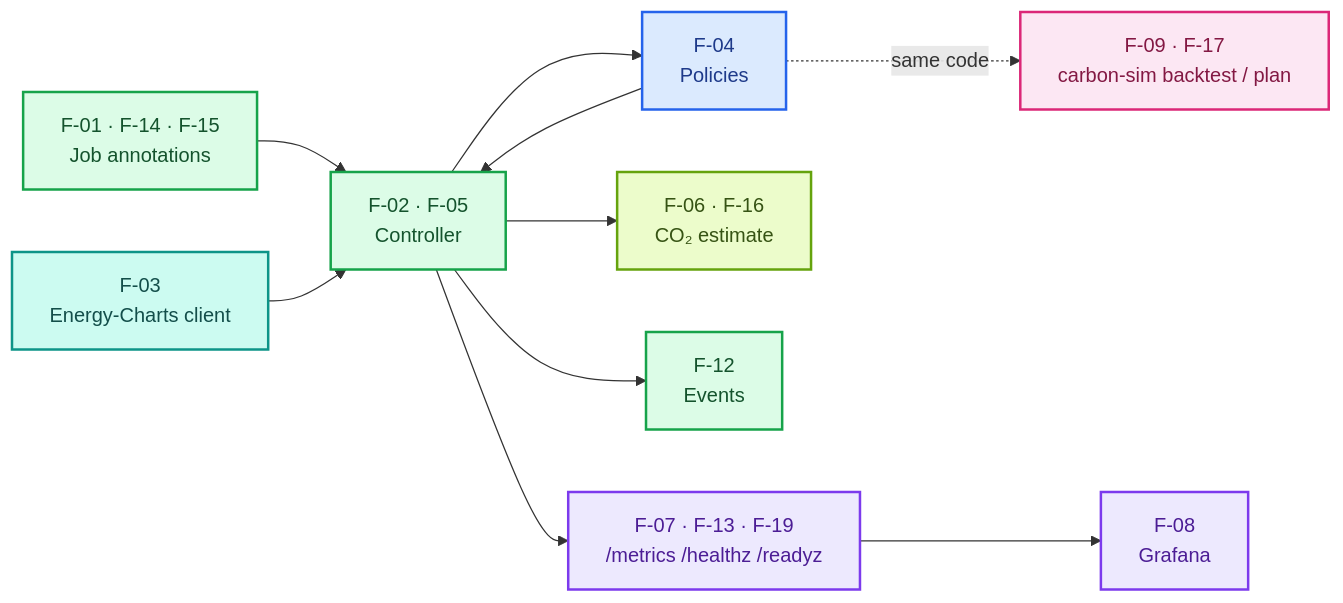
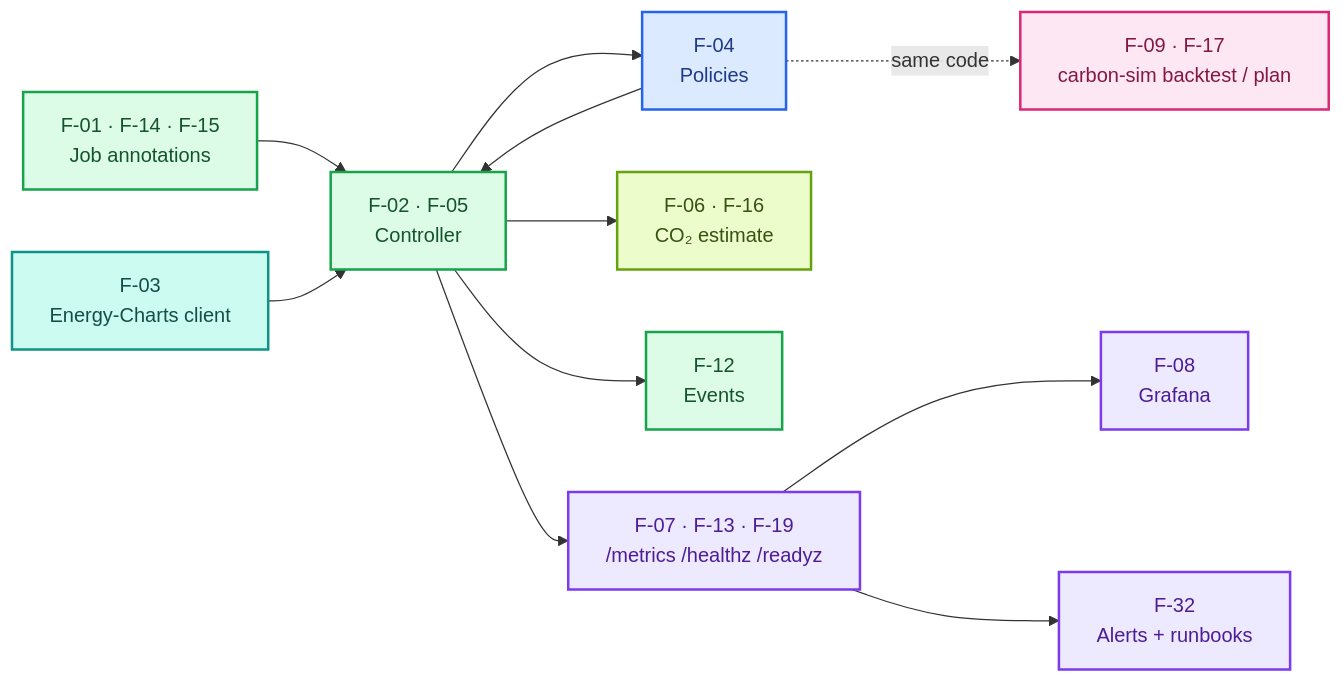
One commit to mahmudul-islam32/carbon-aware-k8s-scheduler changed the first of 3 diagrams in docs/FEATURES.md. Above: the diagram before and after it, drawn with Mermaid. The commit also changed other lines of this file and 17 other files, not shown here.

First line of the commit message:
feat(chart): PrometheusRule alert pack with runbooks (F-32)

````diff
--- a/docs/FEATURES.md
+++ b/docs/FEATURES.md
@@ -90,19 +90,20 @@
 ```mermaid
 flowchart LR
     classDef core fill:#dcfce7,stroke:#16a34a,color:#14532d,stroke-width:2px
     classDef grid fill:#ccfbf1,stroke:#0d9488,color:#134e4a,stroke-width:2px
     classDef plan fill:#dbeafe,stroke:#2563eb,color:#1e3a8a,stroke-width:2px
     classDef carbon fill:#ecfccb,stroke:#65a30d,color:#365314,stroke-width:2px
     classDef obs fill:#ede9fe,stroke:#7c3aed,color:#4c1d95,stroke-width:2px
     classDef tool fill:#fce7f3,stroke:#db2777,color:#831843,stroke-width:2px
 
     A["F-01 · F-14 · F-15<br/>Job annotations"]:::core --> B["F-02 · F-05<br/>Controller"]:::core
     C["F-03<br/>Energy-Charts client"]:::grid --> B
     B --> D["F-04<br/>Policies"]:::plan
     D --> B
     B --> E["F-06 · F-16<br/>CO₂ estimate"]:::carbon
     B --> F["F-12<br/>Events"]:::core
     B --> G["F-07 · F-13 · F-19<br/>/metrics /healthz /readyz"]:::obs
     G --> H["F-08<br/>Grafana"]:::obs
+    G --> J["F-32<br/>Alerts + runbooks"]:::obs
     D -. same code .-> I["F-09 · F-17<br/>carbon-sim backtest / plan"]:::tool
 ```
````
